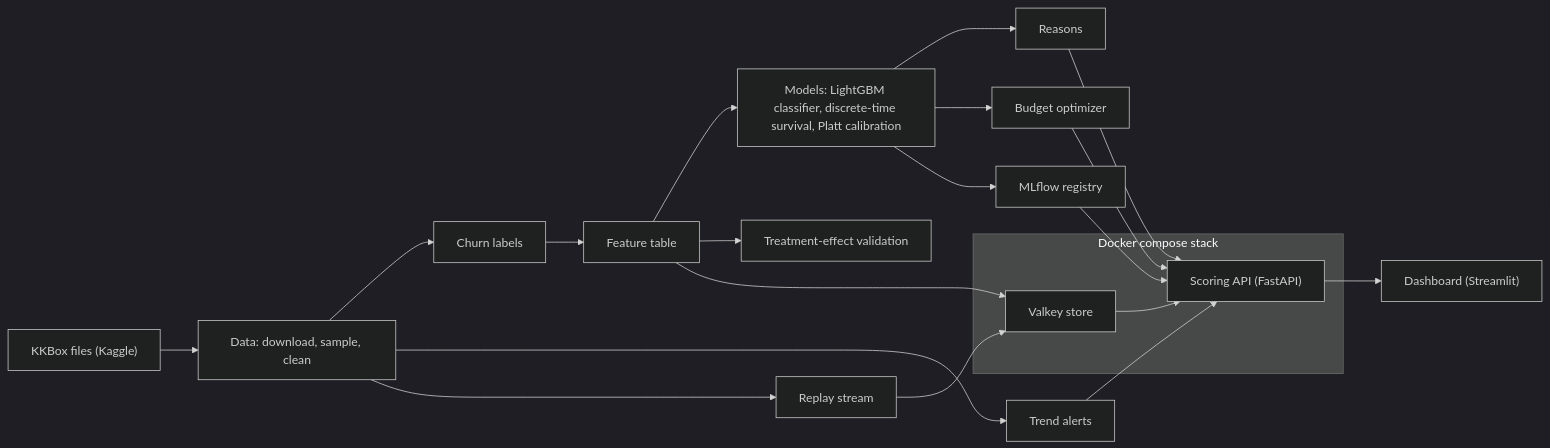
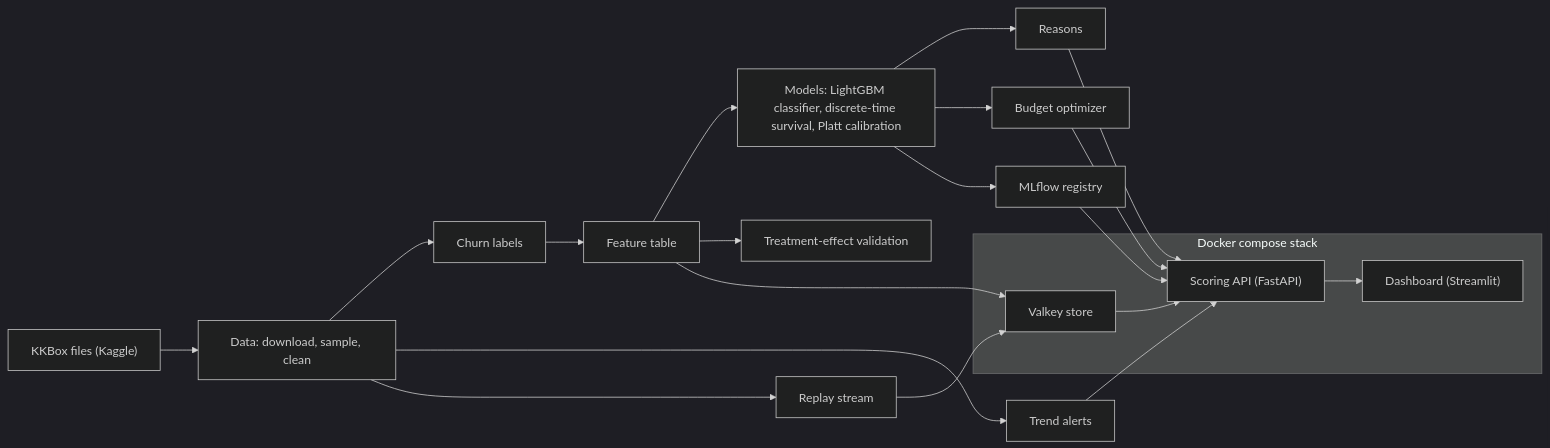
Before and after one commit to notsushmit/retention-engine: the diagram in README.md, drawn with Mermaid (dark theme). The commit also changed other lines of this file and 4 other files, not shown here.

````diff
--- a/README.md
+++ b/README.md
@@ -74,25 +73,26 @@
 ```mermaid
 flowchart LR
   raw["KKBox files (Kaggle)"] --> data["Data: download, sample, clean"]
   data --> labels["Churn labels"]
   labels --> features["Feature table"]
   features --> models["Models: LightGBM classifier, discrete-time survival, Platt calibration"]
   data --> trends["Trend alerts"]
   features --> effects["Treatment-effect validation"]
   models --> reasons["Reasons"]
   models --> optimizer["Budget optimizer"]
   models --> registry["MLflow registry"]
   data --> replay["Replay stream"]
   subgraph compose["Docker compose stack"]
     valkey["Valkey store"]
     api["Scoring API (FastAPI)"]
+    dashboard["Dashboard (Streamlit)"]
   end
   features --> valkey
   replay --> valkey
   registry --> api
   valkey --> api
   reasons --> api
   optimizer --> api
   trends --> api
-  api --> dashboard["Dashboard (Streamlit)"]
+  api --> dashboard
 ```
````
